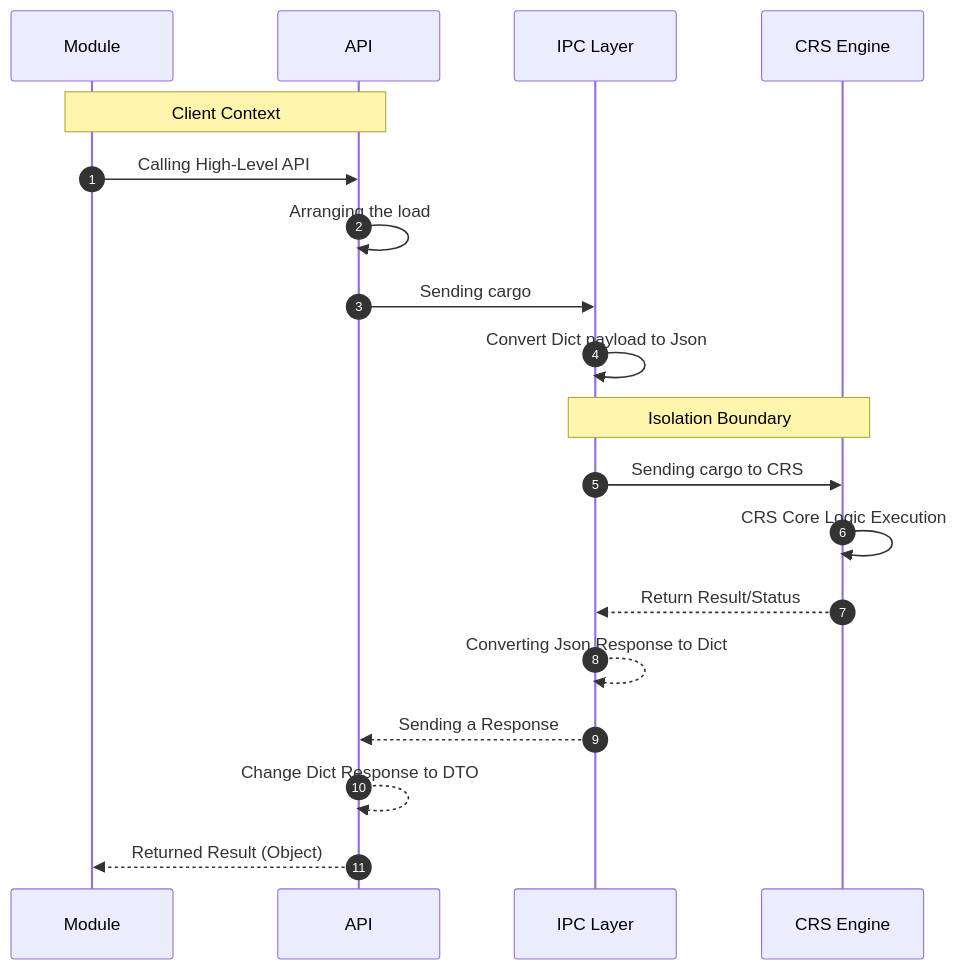
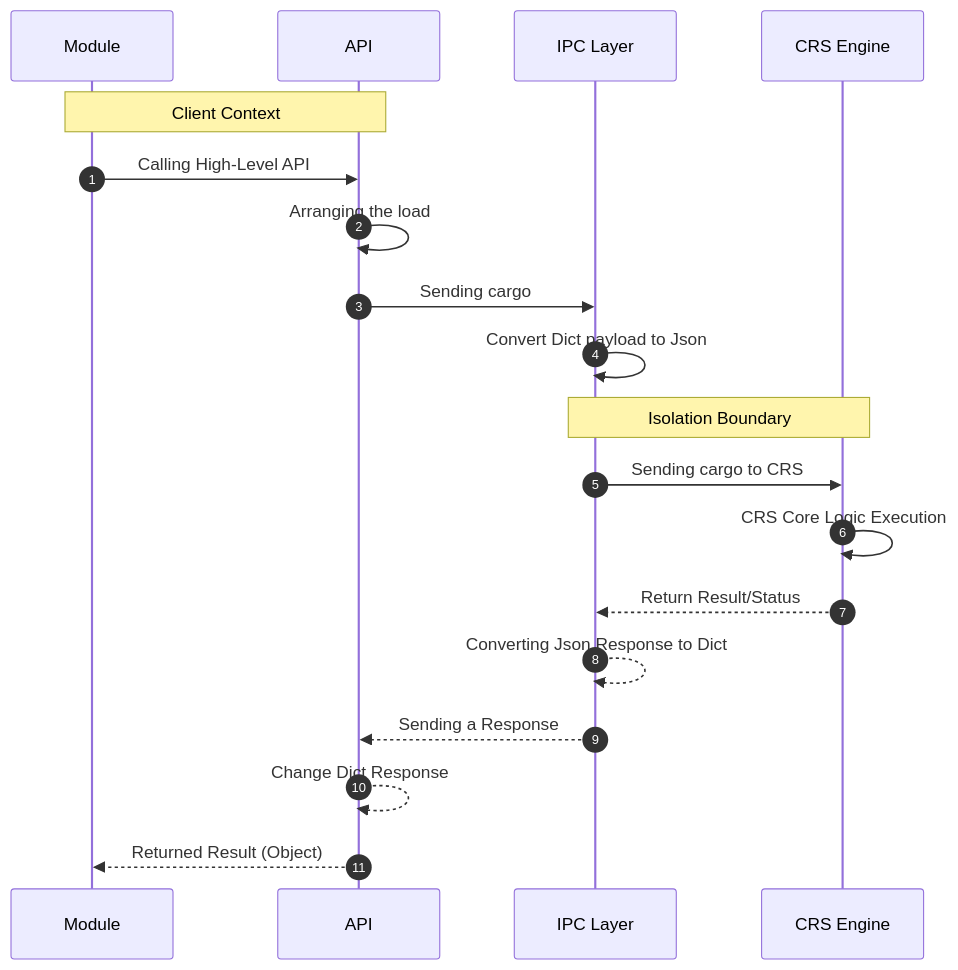
The diagram in docs/storm-framework.wiki/CRS-ENGINE.md (StormWorld0/storm-framework), drawn with Mermaid before and after one commit. The commit also changed other lines of this file, not shown here.

First line of the commit message:
Refine response handling and add socket examples

````diff
--- a/docs/storm-framework.wiki/CRS-ENGINE.md
+++ b/docs/storm-framework.wiki/CRS-ENGINE.md
@@ -62,24 +62,24 @@
 ```mermaid
 sequenceDiagram
     autonumber
     participant M as Module
     participant W as API
     participant I as IPC Layer
     participant C as CRS Engine
 
     Note over M,W: Client Context
     M->>W: Calling High-Level API
     W->>W: Arranging the load
     W->>I: Sending cargo
     I->>I: Convert Dict payload to Json
     
     Note over I,C: Isolation Boundary
     I->>C: Sending cargo to CRS
     C->>C: CRS Core Logic Execution
     
     C-->>I: Return Result/Status
     I-->>I: Converting Json Response to Dict
     I-->>W: Sending a Response
-    W-->>W: Change Dict Response to DTO
+    W-->>W: Change Dict Response
     W-->>M: Returned Result (Object)
 ```
````
